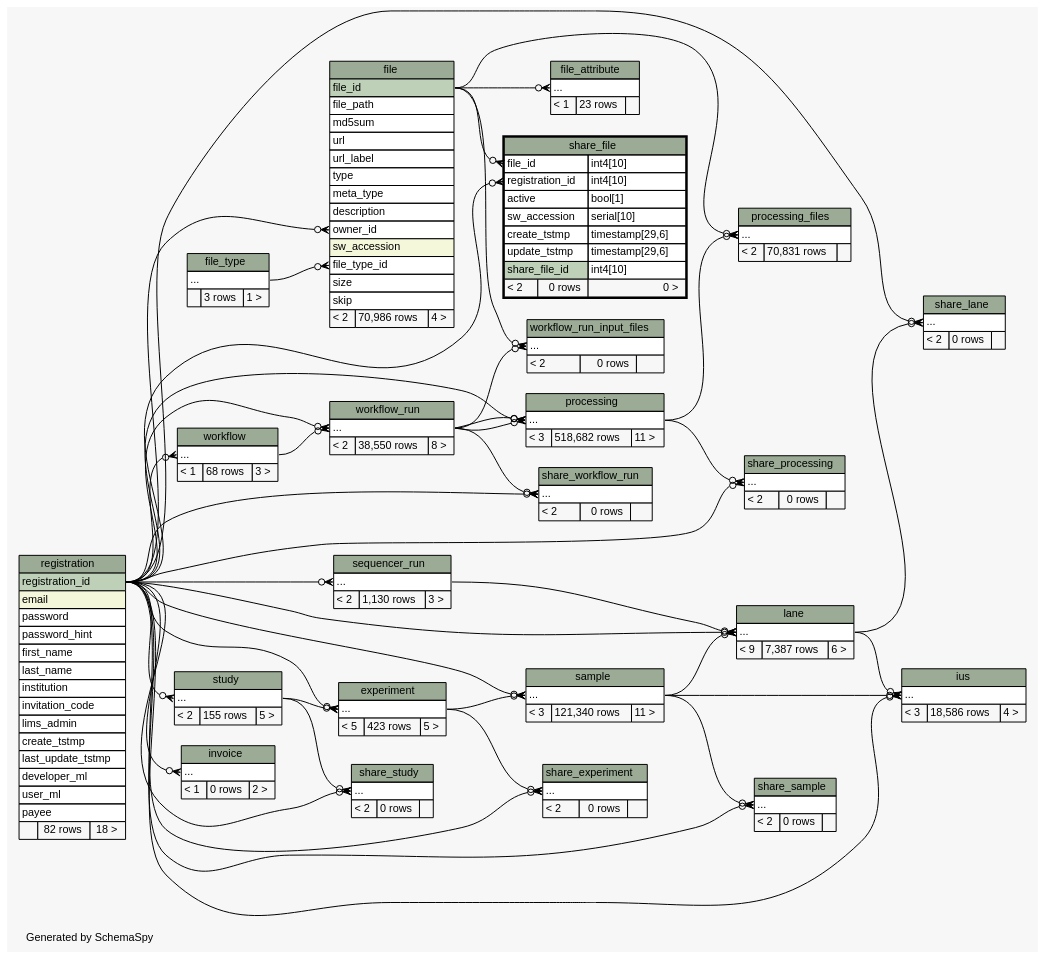
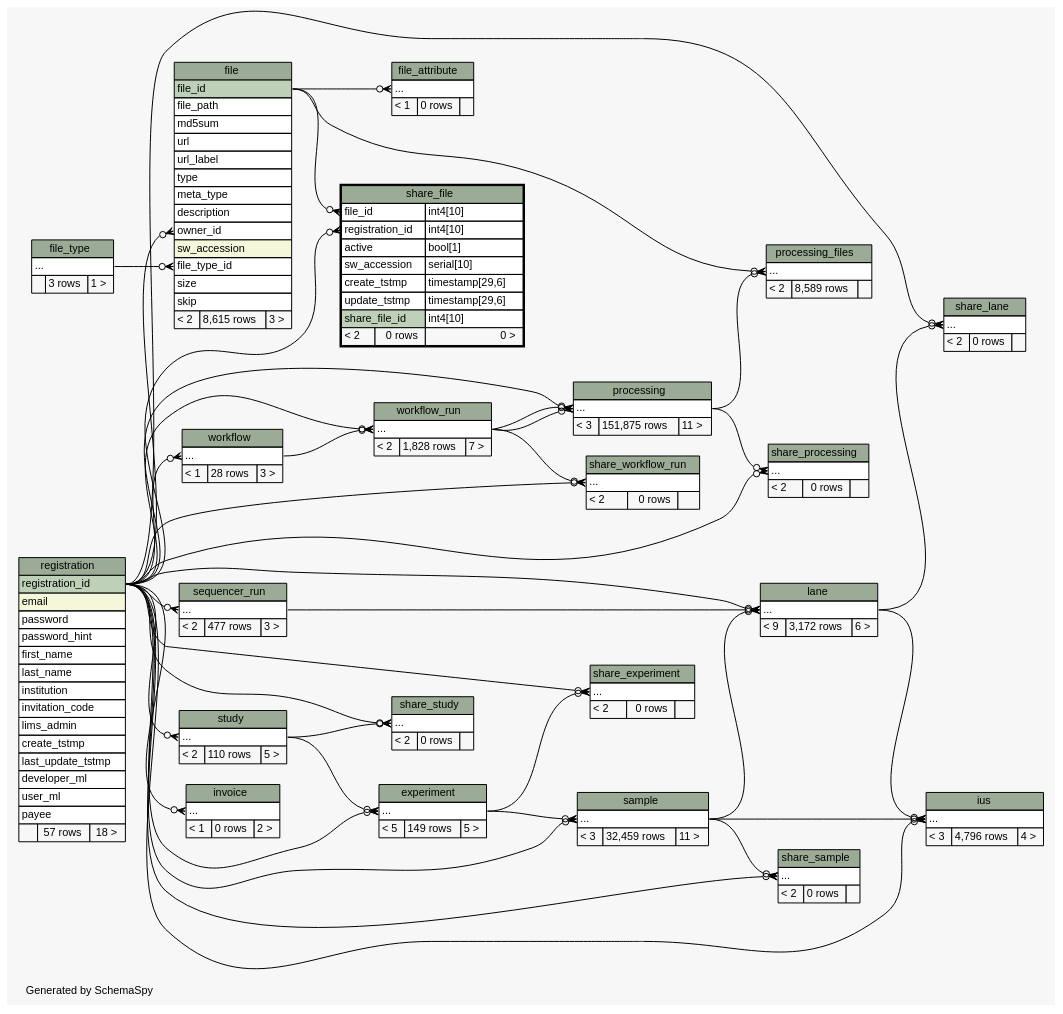
The diagram in metadb-schema/diagrams/share_file.2degrees.dot (SeqWare/seqware.github.com), drawn with Graphviz before and after one commit. The commit also changed 376 other files, not shown here.

```diff
--- a/metadb-schema/diagrams/share_file.2degrees.dot
+++ b/metadb-schema/diagrams/share_file.2degrees.dot
@@ -1,4 +1,4 @@
-// dot 2.26.3 on Linux 3.5.0-47-generic
+// dot 2.32.0 on Mac OS X 10.8.3
 // SchemaSpy rev 590
 digraph "twoDegreesRelationshipsDiagram" {
   graph [
@@ -57,14 +57,12 @@
   "workflow":"elipses":w -> "registration":"registration_id":e [arrowhead=none dir=back arrowtail=crowodot];
   "workflow_run":"elipses":w -> "registration":"registration_id":e [arrowhead=none dir=back arrowtail=crowodot];
   "workflow_run":"elipses":w -> "workflow":"elipses":e [arrowhead=none dir=back arrowtail=crowodot];
-  "workflow_run_input_files":"elipses":w -> "file":"file_id":e [arrowhead=none dir=back arrowtail=crowodot];
-  "workflow_run_input_files":"elipses":w -> "workflow_run":"elipses":e [arrowhead=none dir=back arrowtail=crowodot];
   "experiment" [
     label=<
     <TABLE BORDER="0" CELLBORDER="1" CELLSPACING="0" BGCOLOR="#ffffff">
       <TR><TD COLSPAN="3" BGCOLOR="#9bab96" ALIGN="CENTER">experiment</TD></TR>
       <TR><TD PORT="elipses" COLSPAN="3" ALIGN="LEFT">...</TD></TR>
-      <TR><TD ALIGN="LEFT" BGCOLOR="#f7f7f7">&lt; 5</TD><TD ALIGN="RIGHT" BGCOLOR="#f7f7f7">423 rows</TD><TD ALIGN="RIGHT" BGCOLOR="#f7f7f7">5 &gt;</TD></TR>
+      <TR><TD ALIGN="LEFT" BGCOLOR="#f7f7f7">&lt; 5</TD><TD ALIGN="RIGHT" BGCOLOR="#f7f7f7">149 rows</TD><TD ALIGN="RIGHT" BGCOLOR="#f7f7f7">5 &gt;</TD></TR>
     </TABLE>>
     URL="experiment.html"
     tooltip="experiment"
@@ -86,7 +84,7 @@
       <TR><TD PORT="file_type_id" COLSPAN="3" ALIGN="LEFT">file_type_id</TD></TR>
       <TR><TD PORT="size" COLSPAN="3" ALIGN="LEFT">size</TD></TR>
       <TR><TD PORT="skip" COLSPAN="3" ALIGN="LEFT">skip</TD></TR>
-      <TR><TD ALIGN="LEFT" BGCOLOR="#f7f7f7">&lt; 2</TD><TD ALIGN="RIGHT" BGCOLOR="#f7f7f7">70,986 rows</TD><TD ALIGN="RIGHT" BGCOLOR="#f7f7f7">4 &gt;</TD></TR>
+      <TR><TD ALIGN="LEFT" BGCOLOR="#f7f7f7">&lt; 2</TD><TD ALIGN="RIGHT" BGCOLOR="#f7f7f7">8,615 rows</TD><TD ALIGN="RIGHT" BGCOLOR="#f7f7f7">3 &gt;</TD></TR>
     </TABLE>>
     URL="file.html"
     tooltip="file"
@@ -96,7 +94,7 @@
     <TABLE BORDER="0" CELLBORDER="1" CELLSPACING="0" BGCOLOR="#ffffff">
       <TR><TD COLSPAN="3" BGCOLOR="#9bab96" ALIGN="CENTER">file_attribute</TD></TR>
       <TR><TD PORT="elipses" COLSPAN="3" ALIGN="LEFT">...</TD></TR>
-      <TR><TD ALIGN="LEFT" BGCOLOR="#f7f7f7">&lt; 1</TD><TD ALIGN="RIGHT" BGCOLOR="#f7f7f7">23 rows</TD><TD ALIGN="RIGHT" BGCOLOR="#f7f7f7">  </TD></TR>
+      <TR><TD ALIGN="LEFT" BGCOLOR="#f7f7f7">&lt; 1</TD><TD ALIGN="RIGHT" BGCOLOR="#f7f7f7">0 rows</TD><TD ALIGN="RIGHT" BGCOLOR="#f7f7f7">  </TD></TR>
     </TABLE>>
     URL="file_attribute.html"
     tooltip="file_attribute"
@@ -126,7 +124,7 @@
     <TABLE BORDER="0" CELLBORDER="1" CELLSPACING="0" BGCOLOR="#ffffff">
       <TR><TD COLSPAN="3" BGCOLOR="#9bab96" ALIGN="CENTER">ius</TD></TR>
       <TR><TD PORT="elipses" COLSPAN="3" ALIGN="LEFT">...</TD></TR>
-      <TR><TD ALIGN="LEFT" BGCOLOR="#f7f7f7">&lt; 3</TD><TD ALIGN="RIGHT" BGCOLOR="#f7f7f7">18,586 rows</TD><TD ALIGN="RIGHT" BGCOLOR="#f7f7f7">4 &gt;</TD></TR>
+      <TR><TD ALIGN="LEFT" BGCOLOR="#f7f7f7">&lt; 3</TD><TD ALIGN="RIGHT" BGCOLOR="#f7f7f7">4,796 rows</TD><TD ALIGN="RIGHT" BGCOLOR="#f7f7f7">4 &gt;</TD></TR>
     </TABLE>>
     URL="ius.html"
     tooltip="ius"
@@ -136,7 +134,7 @@
     <TABLE BORDER="0" CELLBORDER="1" CELLSPACING="0" BGCOLOR="#ffffff">
       <TR><TD COLSPAN="3" BGCOLOR="#9bab96" ALIGN="CENTER">lane</TD></TR>
       <TR><TD PORT="elipses" COLSPAN="3" ALIGN="LEFT">...</TD></TR>
-      <TR><TD ALIGN="LEFT" BGCOLOR="#f7f7f7">&lt; 9</TD><TD ALIGN="RIGHT" BGCOLOR="#f7f7f7">7,387 rows</TD><TD ALIGN="RIGHT" BGCOLOR="#f7f7f7">6 &gt;</TD></TR>
+      <TR><TD ALIGN="LEFT" BGCOLOR="#f7f7f7">&lt; 9</TD><TD ALIGN="RIGHT" BGCOLOR="#f7f7f7">3,172 rows</TD><TD ALIGN="RIGHT" BGCOLOR="#f7f7f7">6 &gt;</TD></TR>
     </TABLE>>
     URL="lane.html"
     tooltip="lane"
@@ -146,7 +144,7 @@
     <TABLE BORDER="0" CELLBORDER="1" CELLSPACING="0" BGCOLOR="#ffffff">
       <TR><TD COLSPAN="3" BGCOLOR="#9bab96" ALIGN="CENTER">processing</TD></TR>
       <TR><TD PORT="elipses" COLSPAN="3" ALIGN="LEFT">...</TD></TR>
-      <TR><TD ALIGN="LEFT" BGCOLOR="#f7f7f7">&lt; 3</TD><TD ALIGN="RIGHT" BGCOLOR="#f7f7f7">518,682 rows</TD><TD ALIGN="RIGHT" BGCOLOR="#f7f7f7">11 &gt;</TD></TR>
+      <TR><TD ALIGN="LEFT" BGCOLOR="#f7f7f7">&lt; 3</TD><TD ALIGN="RIGHT" BGCOLOR="#f7f7f7">151,875 rows</TD><TD ALIGN="RIGHT" BGCOLOR="#f7f7f7">11 &gt;</TD></TR>
     </TABLE>>
     URL="processing.html"
     tooltip="processing"
@@ -156,7 +154,7 @@
     <TABLE BORDER="0" CELLBORDER="1" CELLSPACING="0" BGCOLOR="#ffffff">
       <TR><TD COLSPAN="3" BGCOLOR="#9bab96" ALIGN="CENTER">processing_files</TD></TR>
       <TR><TD PORT="elipses" COLSPAN="3" ALIGN="LEFT">...</TD></TR>
-      <TR><TD ALIGN="LEFT" BGCOLOR="#f7f7f7">&lt; 2</TD><TD ALIGN="RIGHT" BGCOLOR="#f7f7f7">70,831 rows</TD><TD ALIGN="RIGHT" BGCOLOR="#f7f7f7">  </TD></TR>
+      <TR><TD ALIGN="LEFT" BGCOLOR="#f7f7f7">&lt; 2</TD><TD ALIGN="RIGHT" BGCOLOR="#f7f7f7">8,589 rows</TD><TD ALIGN="RIGHT" BGCOLOR="#f7f7f7">  </TD></TR>
     </TABLE>>
     URL="processing_files.html"
     tooltip="processing_files"
@@ -179,7 +177,7 @@
       <TR><TD PORT="developer_ml" COLSPAN="3" ALIGN="LEFT">developer_ml</TD></TR>
       <TR><TD PORT="user_ml" COLSPAN="3" ALIGN="LEFT">user_ml</TD></TR>
       <TR><TD PORT="payee" COLSPAN="3" ALIGN="LEFT">payee</TD></TR>
-      <TR><TD ALIGN="LEFT" BGCOLOR="#f7f7f7">  </TD><TD ALIGN="RIGHT" BGCOLOR="#f7f7f7">82 rows</TD><TD ALIGN="RIGHT" BGCOLOR="#f7f7f7">18 &gt;</TD></TR>
+      <TR><TD ALIGN="LEFT" BGCOLOR="#f7f7f7">  </TD><TD ALIGN="RIGHT" BGCOLOR="#f7f7f7">57 rows</TD><TD ALIGN="RIGHT" BGCOLOR="#f7f7f7">18 &gt;</TD></TR>
     </TABLE>>
     URL="registration.html"
     tooltip="registration"
@@ -189,7 +187,7 @@
     <TABLE BORDER="0" CELLBORDER="1" CELLSPACING="0" BGCOLOR="#ffffff">
       <TR><TD COLSPAN="3" BGCOLOR="#9bab96" ALIGN="CENTER">sample</TD></TR>
       <TR><TD PORT="elipses" COLSPAN="3" ALIGN="LEFT">...</TD></TR>
-      <TR><TD ALIGN="LEFT" BGCOLOR="#f7f7f7">&lt; 3</TD><TD ALIGN="RIGHT" BGCOLOR="#f7f7f7">121,340 rows</TD><TD ALIGN="RIGHT" BGCOLOR="#f7f7f7">11 &gt;</TD></TR>
+      <TR><TD ALIGN="LEFT" BGCOLOR="#f7f7f7">&lt; 3</TD><TD ALIGN="RIGHT" BGCOLOR="#f7f7f7">32,459 rows</TD><TD ALIGN="RIGHT" BGCOLOR="#f7f7f7">11 &gt;</TD></TR>
     </TABLE>>
     URL="sample.html"
     tooltip="sample"
@@ -199,7 +197,7 @@
     <TABLE BORDER="0" CELLBORDER="1" CELLSPACING="0" BGCOLOR="#ffffff">
       <TR><TD COLSPAN="3" BGCOLOR="#9bab96" ALIGN="CENTER">sequencer_run</TD></TR>
       <TR><TD PORT="elipses" COLSPAN="3" ALIGN="LEFT">...</TD></TR>
-      <TR><TD ALIGN="LEFT" BGCOLOR="#f7f7f7">&lt; 2</TD><TD ALIGN="RIGHT" BGCOLOR="#f7f7f7">1,130 rows</TD><TD ALIGN="RIGHT" BGCOLOR="#f7f7f7">3 &gt;</TD></TR>
+      <TR><TD ALIGN="LEFT" BGCOLOR="#f7f7f7">&lt; 2</TD><TD ALIGN="RIGHT" BGCOLOR="#f7f7f7">477 rows</TD><TD ALIGN="RIGHT" BGCOLOR="#f7f7f7">3 &gt;</TD></TR>
     </TABLE>>
     URL="sequencer_run.html"
     tooltip="sequencer_run"
@@ -285,7 +283,7 @@
     <TABLE BORDER="0" CELLBORDER="1" CELLSPACING="0" BGCOLOR="#ffffff">
       <TR><TD COLSPAN="3" BGCOLOR="#9bab96" ALIGN="CENTER">study</TD></TR>
       <TR><TD PORT="elipses" COLSPAN="3" ALIGN="LEFT">...</TD></TR>
-      <TR><TD ALIGN="LEFT" BGCOLOR="#f7f7f7">&lt; 2</TD><TD ALIGN="RIGHT" BGCOLOR="#f7f7f7">155 rows</TD><TD ALIGN="RIGHT" BGCOLOR="#f7f7f7">5 &gt;</TD></TR>
+      <TR><TD ALIGN="LEFT" BGCOLOR="#f7f7f7">&lt; 2</TD><TD ALIGN="RIGHT" BGCOLOR="#f7f7f7">110 rows</TD><TD ALIGN="RIGHT" BGCOLOR="#f7f7f7">5 &gt;</TD></TR>
     </TABLE>>
     URL="study.html"
     tooltip="study"
@@ -295,7 +293,7 @@
     <TABLE BORDER="0" CELLBORDER="1" CELLSPACING="0" BGCOLOR="#ffffff">
       <TR><TD COLSPAN="3" BGCOLOR="#9bab96" ALIGN="CENTER">workflow</TD></TR>
       <TR><TD PORT="elipses" COLSPAN="3" ALIGN="LEFT">...</TD></TR>
-      <TR><TD ALIGN="LEFT" BGCOLOR="#f7f7f7">&lt; 1</TD><TD ALIGN="RIGHT" BGCOLOR="#f7f7f7">68 rows</TD><TD ALIGN="RIGHT" BGCOLOR="#f7f7f7">3 &gt;</TD></TR>
+      <TR><TD ALIGN="LEFT" BGCOLOR="#f7f7f7">&lt; 1</TD><TD ALIGN="RIGHT" BGCOLOR="#f7f7f7">28 rows</TD><TD ALIGN="RIGHT" BGCOLOR="#f7f7f7">3 &gt;</TD></TR>
     </TABLE>>
     URL="workflow.html"
     tooltip="workflow"
@@ -305,19 +303,9 @@
     <TABLE BORDER="0" CELLBORDER="1" CELLSPACING="0" BGCOLOR="#ffffff">
       <TR><TD COLSPAN="3" BGCOLOR="#9bab96" ALIGN="CENTER">workflow_run</TD></TR>
       <TR><TD PORT="elipses" COLSPAN="3" ALIGN="LEFT">...</TD></TR>
-      <TR><TD ALIGN="LEFT" BGCOLOR="#f7f7f7">&lt; 2</TD><TD ALIGN="RIGHT" BGCOLOR="#f7f7f7">38,550 rows</TD><TD ALIGN="RIGHT" BGCOLOR="#f7f7f7">8 &gt;</TD></TR>
+      <TR><TD ALIGN="LEFT" BGCOLOR="#f7f7f7">&lt; 2</TD><TD ALIGN="RIGHT" BGCOLOR="#f7f7f7">1,828 rows</TD><TD ALIGN="RIGHT" BGCOLOR="#f7f7f7">7 &gt;</TD></TR>
     </TABLE>>
     URL="workflow_run.html"
     tooltip="workflow_run"
   ];
-  "workflow_run_input_files" [
-    label=<
-    <TABLE BORDER="0" CELLBORDER="1" CELLSPACING="0" BGCOLOR="#ffffff">
-      <TR><TD COLSPAN="3" BGCOLOR="#9bab96" ALIGN="CENTER">workflow_run_input_files</TD></TR>
-      <TR><TD PORT="elipses" COLSPAN="3" ALIGN="LEFT">...</TD></TR>
-      <TR><TD ALIGN="LEFT" BGCOLOR="#f7f7f7">&lt; 2</TD><TD ALIGN="RIGHT" BGCOLOR="#f7f7f7">0 rows</TD><TD ALIGN="RIGHT" BGCOLOR="#f7f7f7">  </TD></TR>
-    </TABLE>>
-    URL="workflow_run_input_files.html"
-    tooltip="workflow_run_input_files"
-  ];
 }
```
